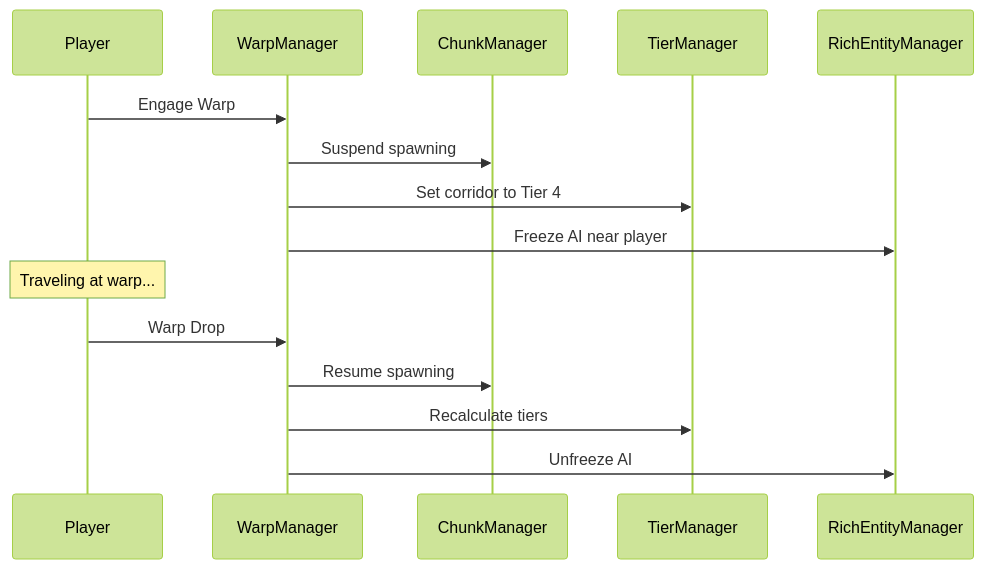
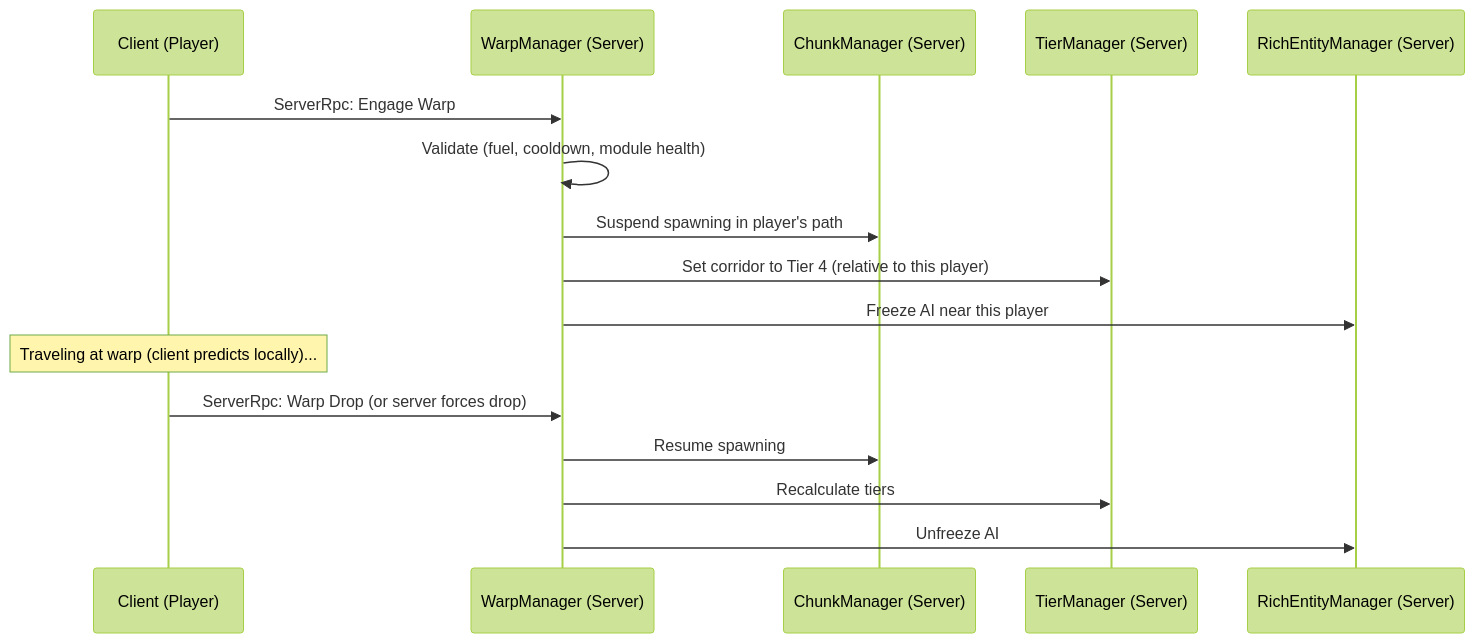
The seventh of 9 diagrams in .obsidian/architecture/07-warp-system.md (zephkelly/starfire), drawn with Mermaid (forest theme) before and after one commit. The commit also changed other lines of this file and 1787 other files, not shown here.

````diff
--- a/.obsidian/architecture/07-warp-system.md
+++ b/.obsidian/architecture/07-warp-system.md
@@ -613,20 +646,21 @@
 ```mermaid
 sequenceDiagram
-    participant Player as Player
-    participant WM as WarpManager
-    participant CM as ChunkManager
-    participant TM as TierManager
-    participant REM as RichEntityManager
+    participant Client as Client (Player)
+    participant WM as WarpManager (Server)
+    participant CM as ChunkManager (Server)
+    participant TM as TierManager (Server)
+    participant REM as RichEntityManager (Server)
 
-    Player->>WM: Engage Warp
-    WM->>CM: Suspend spawning
-    WM->>TM: Set corridor to Tier 4
-    WM->>REM: Freeze AI near player
+    Client->>WM: ServerRpc: Engage Warp
+    WM->>WM: Validate (fuel, cooldown, module health)
+    WM->>CM: Suspend spawning in player's path
+    WM->>TM: Set corridor to Tier 4 (relative to this player)
+    WM->>REM: Freeze AI near this player
 
-    Note over Player: Traveling at warp...
+    Note over Client: Traveling at warp (client predicts locally)...
 
-    Player->>WM: Warp Drop
+    Client->>WM: ServerRpc: Warp Drop (or server forces drop)
     WM->>CM: Resume spawning
     WM->>TM: Recalculate tiers
     WM->>REM: Unfreeze AI
 ```
````
